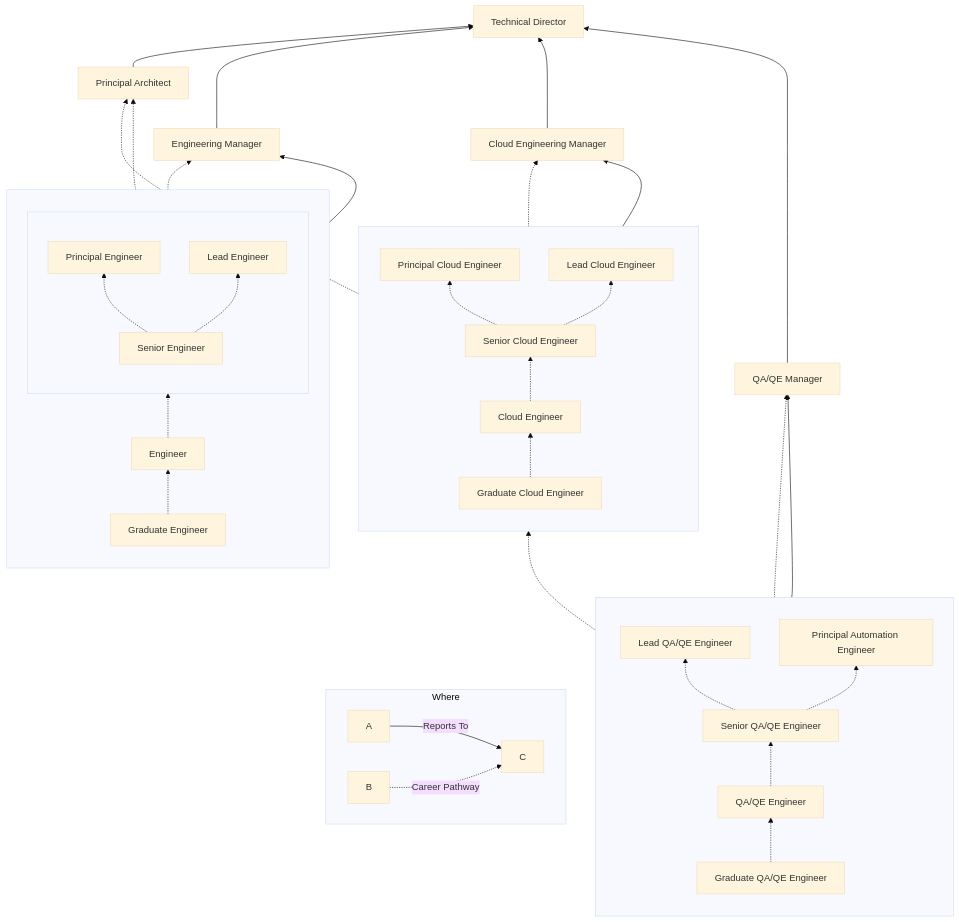
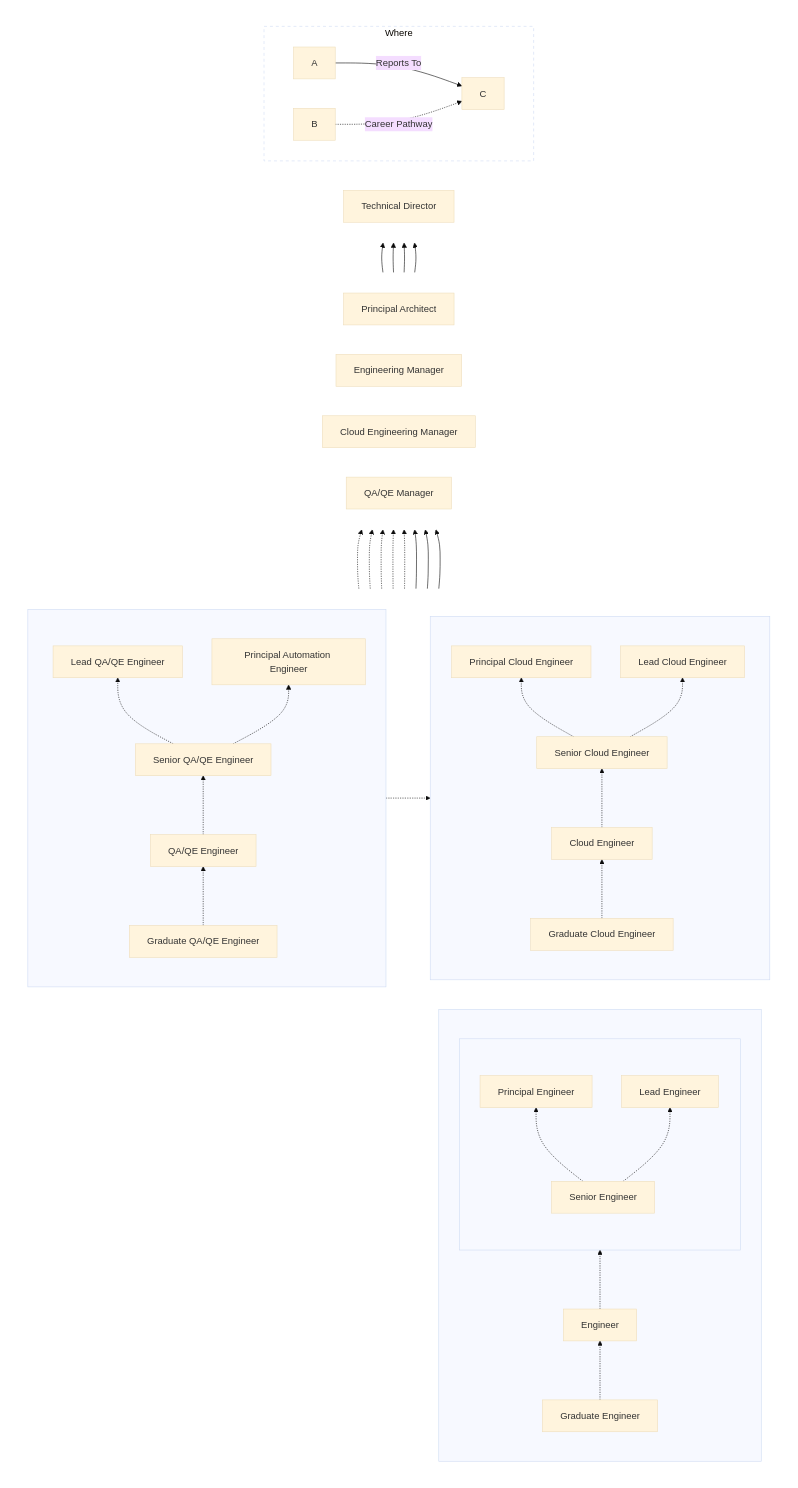
Before and after one commit to loanmarket/career-ladder: the diagram in DIAGRAM.md, drawn with Mermaid (base theme).

Commit message:
Improved the diagram layout

````diff
--- a/DIAGRAM.md
+++ b/DIAGRAM.md
@@ -1,65 +1,85 @@
 ```mermaid
 flowchart BT
-  subgraph report_em [ ]
-    direction BT
+  subgraph band_td [ ]
+    direction LR
+    
+    td[Technical Director]
 
-    pe[Principal Engineer]
-    le[Lead Engineer]
-    se[Senior Engineer]
-    e[Engineer]
-    ge[Graduate Engineer]
+    subgraph legend [Where]
+      direction LR
 
-    ge -.-> e
-    e -.-> se
+      A -->|Reports To| C
+      B -.->|Career Pathway| C
+    end  
+  end
 
-    subgraph stream_lead [ ]
+  subgraph band_mgmt [ ]
+    direction LR
+
+    pa[Principal Architect]
+    em[Engineering Manager]
+    cem[Cloud Engineering Manager]
+    qam[QA/QE Manager]
+  end
+
+  subgraph band_teams [ ]
+    direction LR
+
+    subgraph report_em [ ]
       direction BT
 
-      se -.-> pe
-      se -.-> le
+      pe[Principal Engineer]
+      le[Lead Engineer]
+      se[Senior Engineer]
+      e[Engineer]
+      ge[Graduate Engineer]
+
+      ge -.-> e
+      e -.-> se
+
+      subgraph stream_lead [ ]
+        direction BT
+
+        se -.-> pe
+        se -.-> le
+      end
     end
-  end
 
-  subgraph report_cem [ ]
-    direction BT
+    subgraph report_cem [ ]
+      direction BT
 
-    pce[Principal Cloud Engineer]
-    lce[Lead Cloud Engineer]
-    sce[Senior Cloud Engineer]
-    ce[Cloud Engineer]
-    gce[Graduate Cloud Engineer]
+      pce[Principal Cloud Engineer]
+      lce[Lead Cloud Engineer]
+      sce[Senior Cloud Engineer]
+      ce[Cloud Engineer]
+      gce[Graduate Cloud Engineer]
 
-    gce -.-> ce
-    ce -.-> sce
-    sce -.-> pce
-    sce -.-> lce
-  end
+      gce -.-> ce
+      ce -.-> sce
+      sce -.-> pce
+      sce -.-> lce
+    end
 
-  subgraph report_qam [ ]
-    direction BT
+    subgraph report_qam [ ]
+      direction BT
 
-    lqe[Lead QA/QE Engineer]
-    pae[Principal Automation Engineer]
-    sqe[Senior QA/QE Engineer]
-    qe[QA/QE Engineer]
-    gqe[Graduate QA/QE Engineer]
+      lqe[Lead QA/QE Engineer]
+      pae[Principal Automation Engineer]
+      sqe[Senior QA/QE Engineer]
+      qe[QA/QE Engineer]
+      gqe[Graduate QA/QE Engineer]
 
-    gqe -.-> qe
-    qe -.-> sqe
-    sqe -.-> pae
-    sqe -.-> lqe
+      gqe -.-> qe
+      qe -.-> sqe
+      sqe -.-> pae
+      sqe -.-> lqe
+    end
   end
 
   pae -.-> report_cem
   le -.-> em
   lce -.-> cem
   lqe -.-> qam
-
-  td[Technical Director]
-  pa[Principal Architect]
-  em[Engineering Manager]
-  cem[Cloud Engineering Manager]
-  qam[QA/QE Manager]
 
   report_em --> em
   report_cem --> cem
@@ -72,10 +92,7 @@
   cem --> td
   qam --> td
 
-  subgraph legend [Where]
-    direction LR
-
-    A -->|Reports To| C
-    B -.->|Career Pathway| C
-  end  
+  classDef band fill:transparent,stroke:none;
+  class band_td,band_mgmt,band_teams band;
+  style legend fill:transparent,stroke-dasharray:5;
 ```
````
